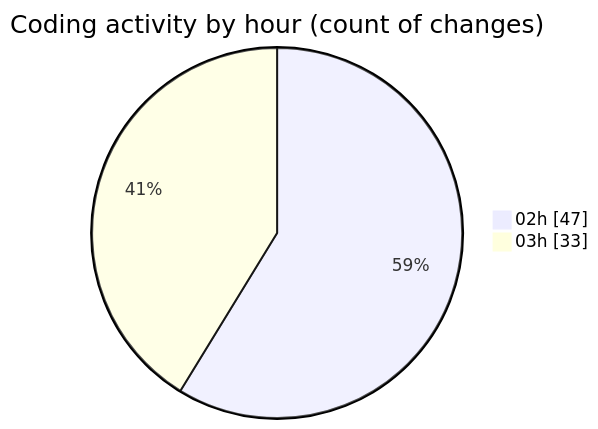
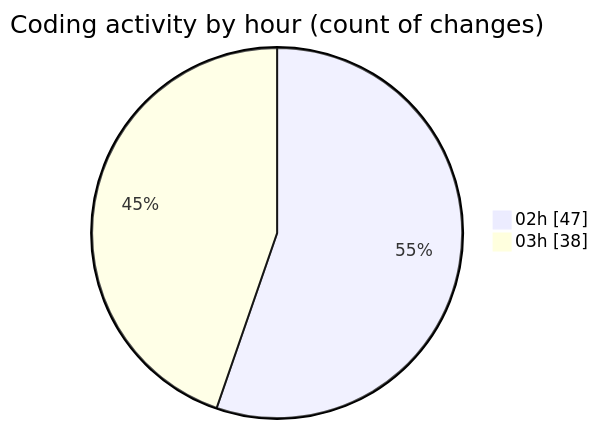
The second of 2 diagrams in 2025-01-02/3drust/README.md (ernivani/code-tracking), drawn with Mermaid before and after one commit. The commit also changed other lines of this file and 2 other files, not shown here.

````diff
--- a/2025-01-02/3drust/README.md
+++ b/2025-01-02/3drust/README.md
@@ -36,6 +36,6 @@
 ```mermaid
 pie showData
 title Coding activity by hour (count of changes)
 "02h" : 47
-"03h" : 33
+"03h" : 38
 ```
````
